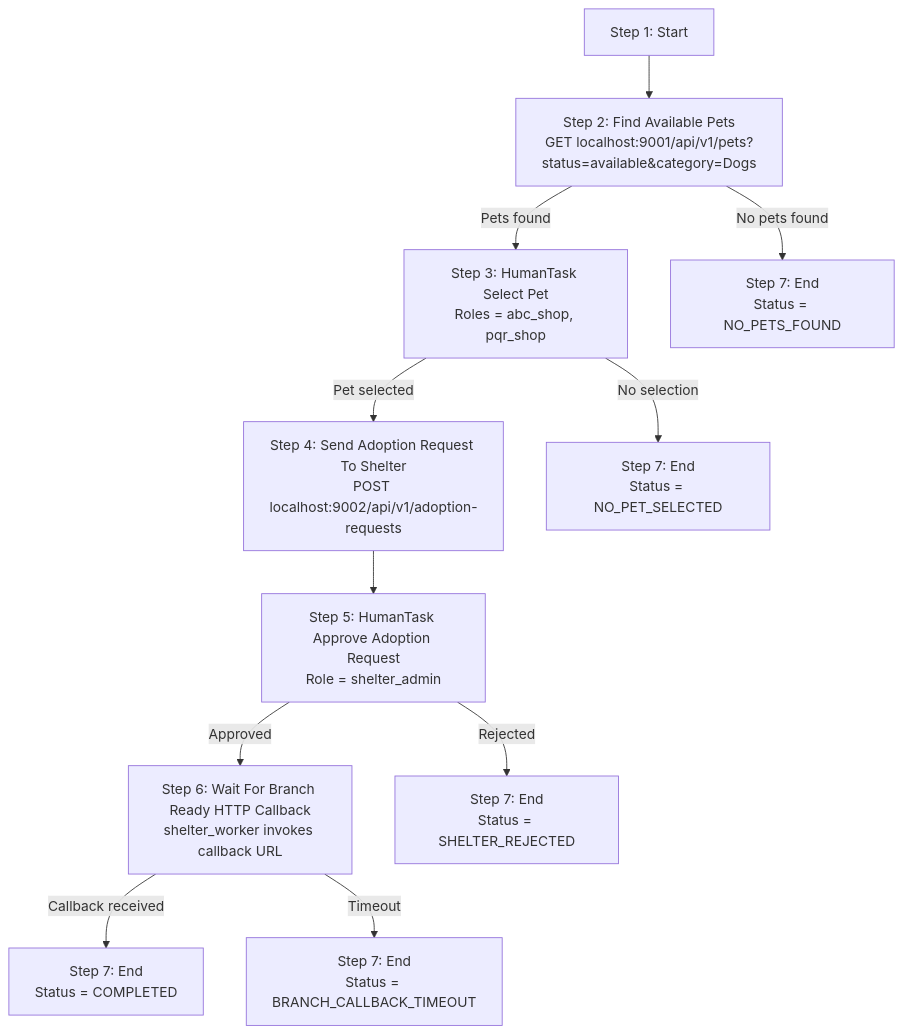
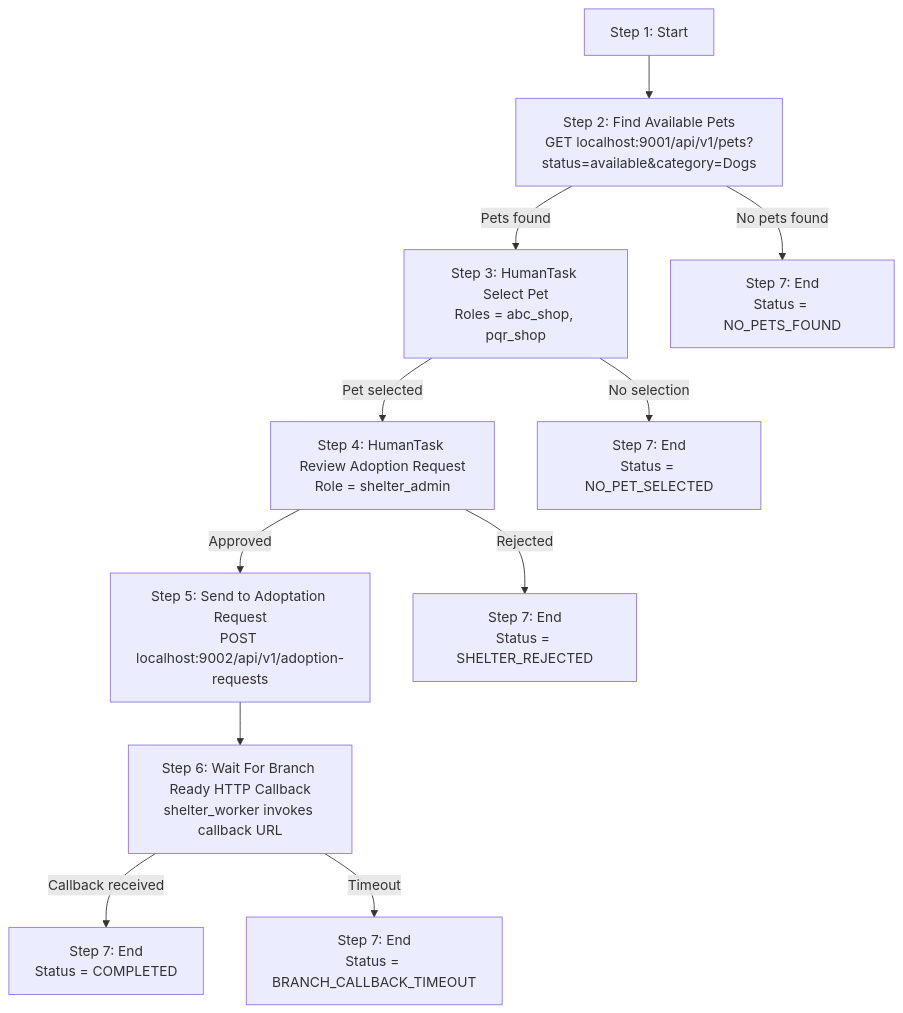
Before and after one commit to hasithaa/workflow-adopt-pet: the diagram in README.md, drawn with Mermaid. The commit also changed other lines of this file, not shown here.

````diff
--- a/README.md
+++ b/README.md
@@ -32,16 +33,17 @@
 ```mermaid
 flowchart TD
   S[Step 1: Start] --> A[Step 2: Find Available Pets<br/>GET localhost:9001/api/v1/pets?status=available&category=Dogs]
   A -->|Pets found| B[Step 3: HumanTask Select Pet<br/>Roles = abc_shop, pqr_shop]
   A -->|No pets found| Z1[Step 7: End<br/>Status = NO_PETS_FOUND]
 
-  B -->|Pet selected| C[Step 4: Send Adoption Request To Shelter<br/>POST localhost:9002/api/v1/adoption-requests]
+  B -->|Pet selected| C[Step 4: HumanTask Review Adoption Request<br/>Role = shelter_admin]
   B -->|No selection| Z2[Step 7: End<br/>Status = NO_PET_SELECTED]
 
-  C --> D[Step 5: HumanTask Approve Adoption Request<br/>Role = shelter_admin]
-  D -->|Approved| E[Step 6: Wait For Branch Ready HTTP Callback<br/>shelter_worker invokes callback URL]
-  D -->|Rejected| Z3[Step 7: End<br/>Status = SHELTER_REJECTED]
+  C -->|Approved| D[Step 5: Send to Adoptation Request<br/>POST localhost:9002/api/v1/adoption-requests]
+  C -->|Rejected| Z3[Step 7: End<br/>Status = SHELTER_REJECTED]
+
+  D --> E[Step 6: Wait For Branch Ready HTTP Callback<br/>shelter_worker invokes callback URL]
 
   E -->|Callback received| G[Step 7: End<br/>Status = COMPLETED]
   E -->|Timeout| Z4[Step 7: End<br/>Status = BRANCH_CALLBACK_TIMEOUT]
 ```
````
